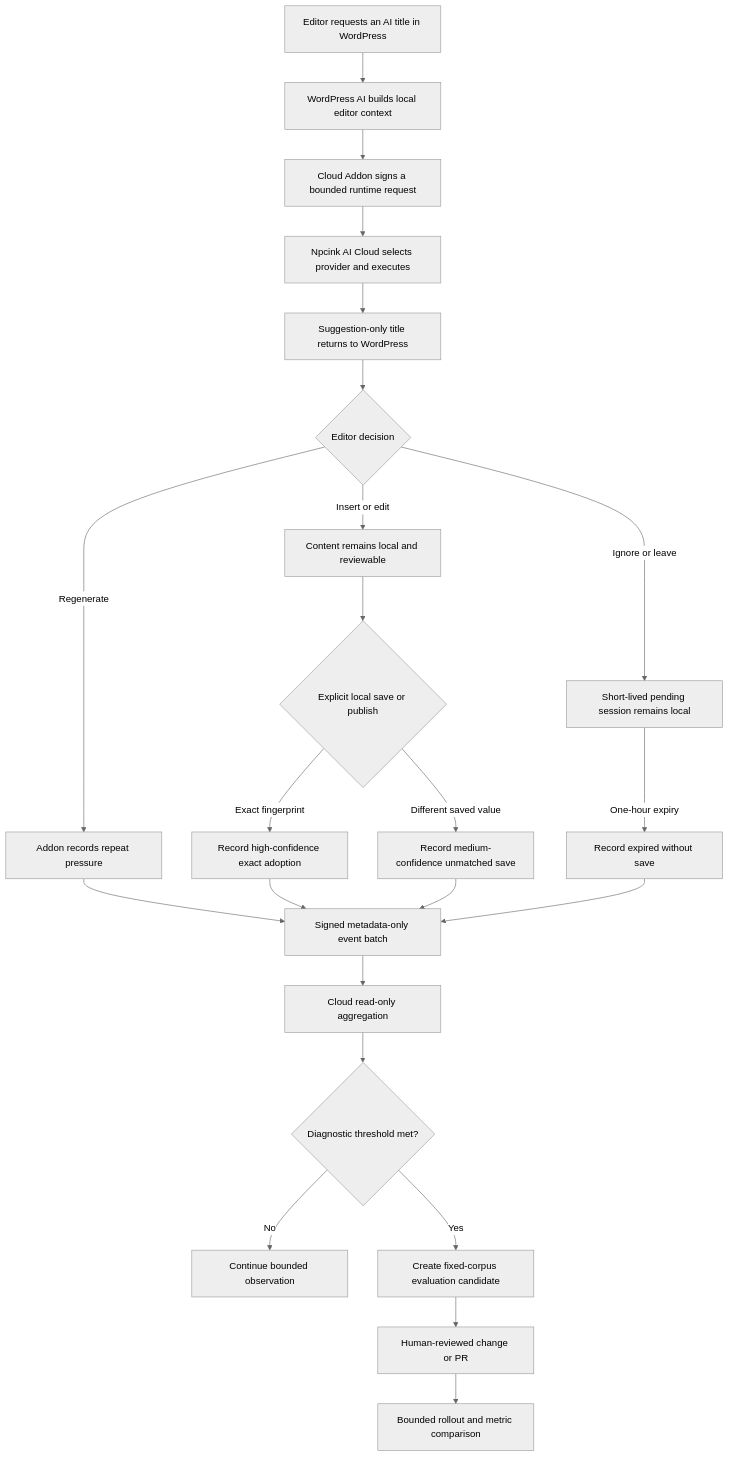
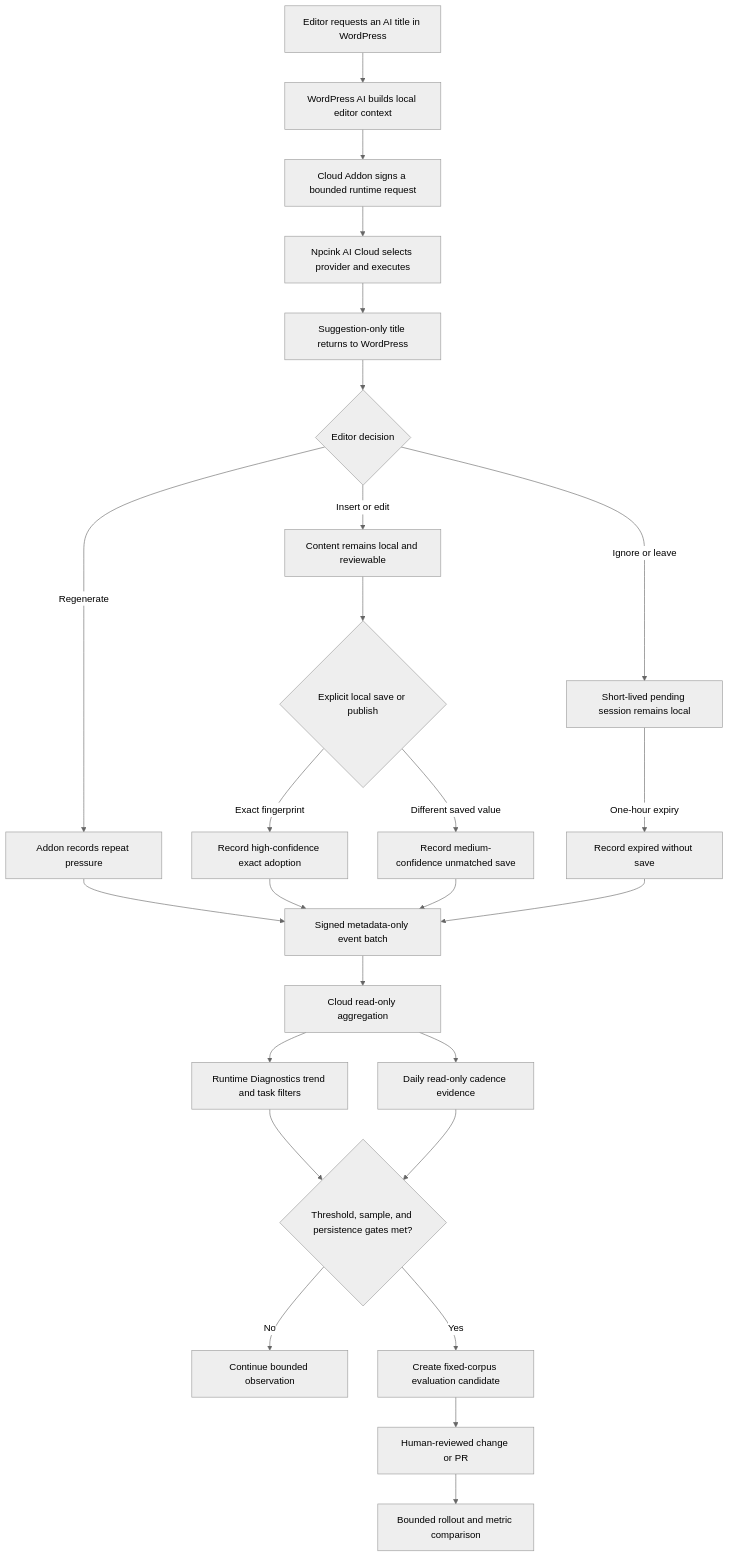
One commit to npcink/npcink-ai-cloud changed the diagram in docs/editor-assist-quality-flywheel-closeout-and-development-retrospective-2026-07-26.md. Above: the diagram before and after it, drawn with Mermaid (neutral theme). The commit also changed other lines of this file, not shown here.

````diff
--- a/docs/editor-assist-quality-flywheel-closeout-and-development-retrospective-2026-07-26.md
+++ b/docs/editor-assist-quality-flywheel-closeout-and-development-retrospective-2026-07-26.md
@@ -165,25 +233,28 @@
 ```mermaid
 flowchart TD
     A["Editor requests an AI title in WordPress"] --> B["WordPress AI builds local editor context"]
     B --> C["Cloud Addon signs a bounded runtime request"]
     C --> D["Npcink AI Cloud selects provider and executes"]
     D --> E["Suggestion-only title returns to WordPress"]
     E --> F{"Editor decision"}
     F -->|"Regenerate"| G["Addon records repeat pressure"]
     F -->|"Insert or edit"| H["Content remains local and reviewable"]
     F -->|"Ignore or leave"| I["Short-lived pending session remains local"]
     H --> J{"Explicit local save or publish"}
     J -->|"Exact fingerprint"| K["Record high-confidence exact adoption"]
     J -->|"Different saved value"| L["Record medium-confidence unmatched save"]
     I -->|"One-hour expiry"| M["Record expired without save"]
     G --> N["Signed metadata-only event batch"]
     K --> N
     L --> N
     M --> N
     N --> O["Cloud read-only aggregation"]
-    O --> P{"Diagnostic threshold met?"}
+    O --> O1["Runtime Diagnostics trend and task filters"]
+    O --> O2["Daily read-only cadence evidence"]
+    O1 --> P{"Threshold, sample, and persistence gates met?"}
+    O2 --> P
     P -->|"No"| Q["Continue bounded observation"]
     P -->|"Yes"| R["Create fixed-corpus evaluation candidate"]
     R --> S["Human-reviewed change or PR"]
     S --> T["Bounded rollout and metric comparison"]
 ```
````
